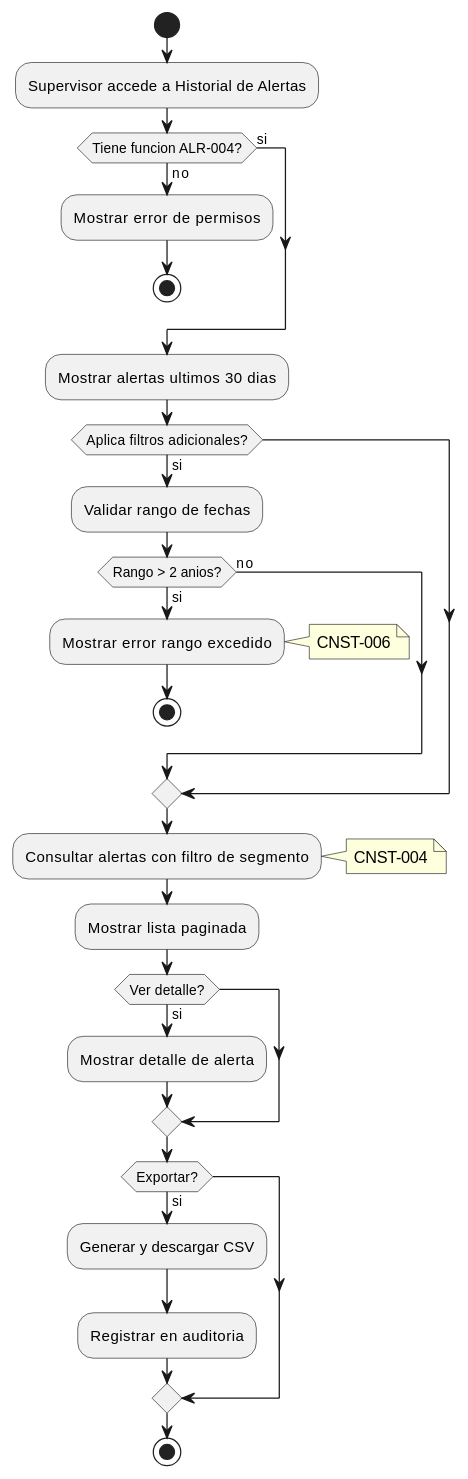
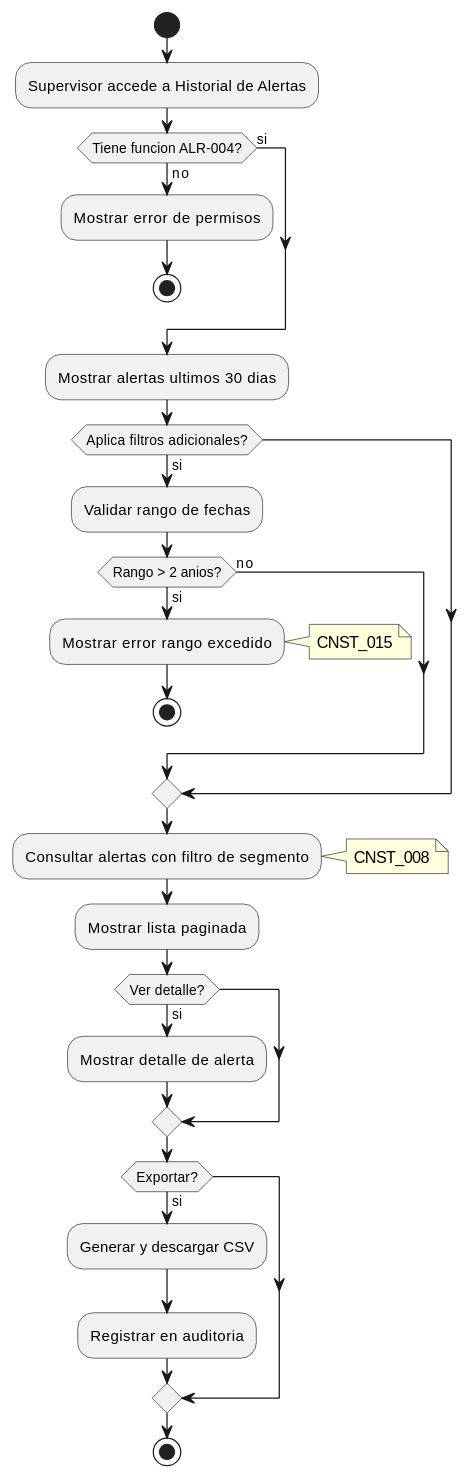
Before and after one commit to jcg-admin/IACT-docs: the third of 3 diagrams in source/requisitos/casos_uso/alerts/UC_ALR_04_Ver_Historial_Alertas.rst, drawn with PlantUML. The commit also changed other lines of this file and 67 other files, not shown here.

```diff
--- a/source/requisitos/casos_uso/alerts/UC_ALR_04_Ver_Historial_Alertas.rst
+++ b/source/requisitos/casos_uso/alerts/UC_ALR_04_Ver_Historial_Alertas.rst
@@ -304,41 +304,41 @@
 .. uml::
    :caption: Diagrama de Actividad - UC_ALR_04
 
    @startuml
    start
    :Supervisor accede a Historial de Alertas;
 
    if (Tiene funcion ALR-004?) then (no)
      :Mostrar error de permisos;
      stop
    else (si)
    endif
 
    :Mostrar alertas ultimos 30 dias;
 
    if (Aplica filtros adicionales?) then (si)
      :Validar rango de fechas;
      if (Rango > 2 anios?) then (si)
        :Mostrar error rango excedido;
-       note right: CNST-006
+       note right: CNST_015
        stop
      else (no)
      endif
    endif
 
    :Consultar alertas con filtro de segmento;
-   note right: CNST-004
+   note right: CNST_008
 
    :Mostrar lista paginada;
 
    if (Ver detalle?) then (si)
      :Mostrar detalle de alerta;
    endif
 
    if (Exportar?) then (si)
      :Generar y descargar CSV;
      :Registrar en auditoria;
    endif
 
    stop
    @enduml
```
